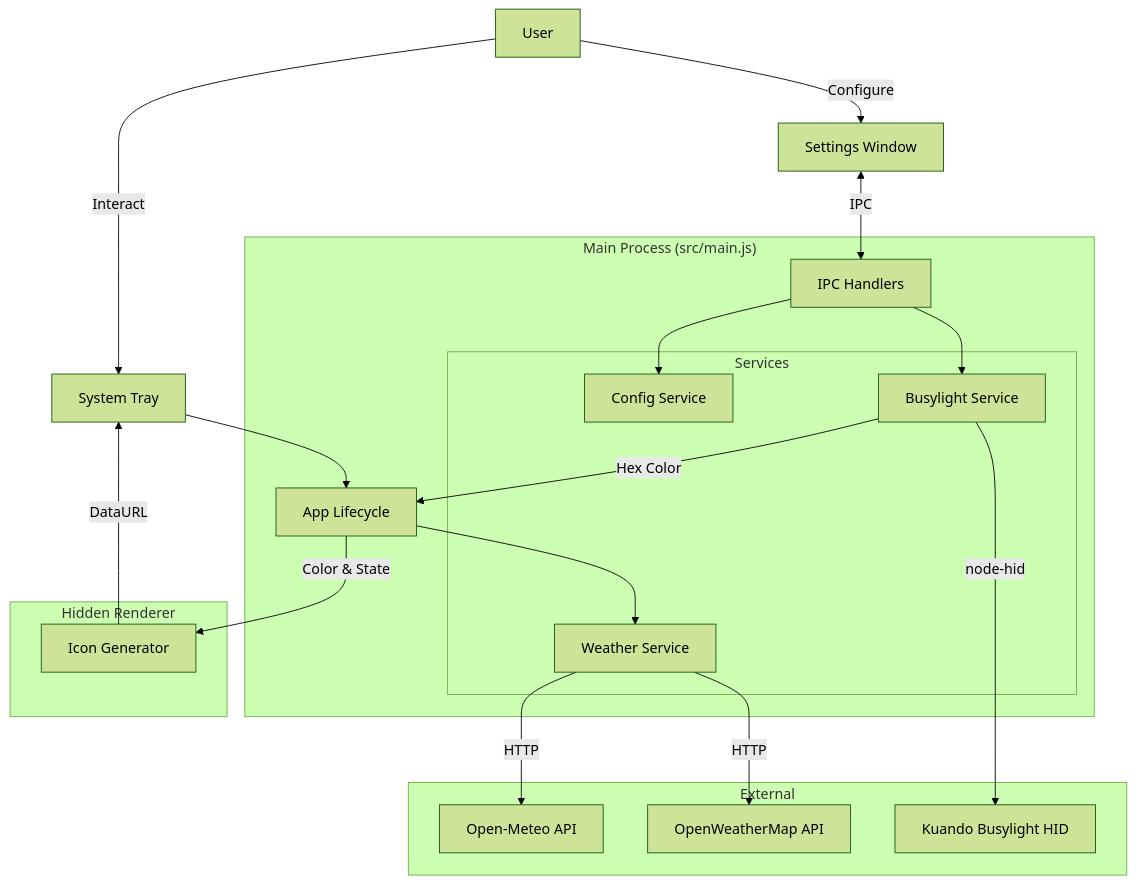
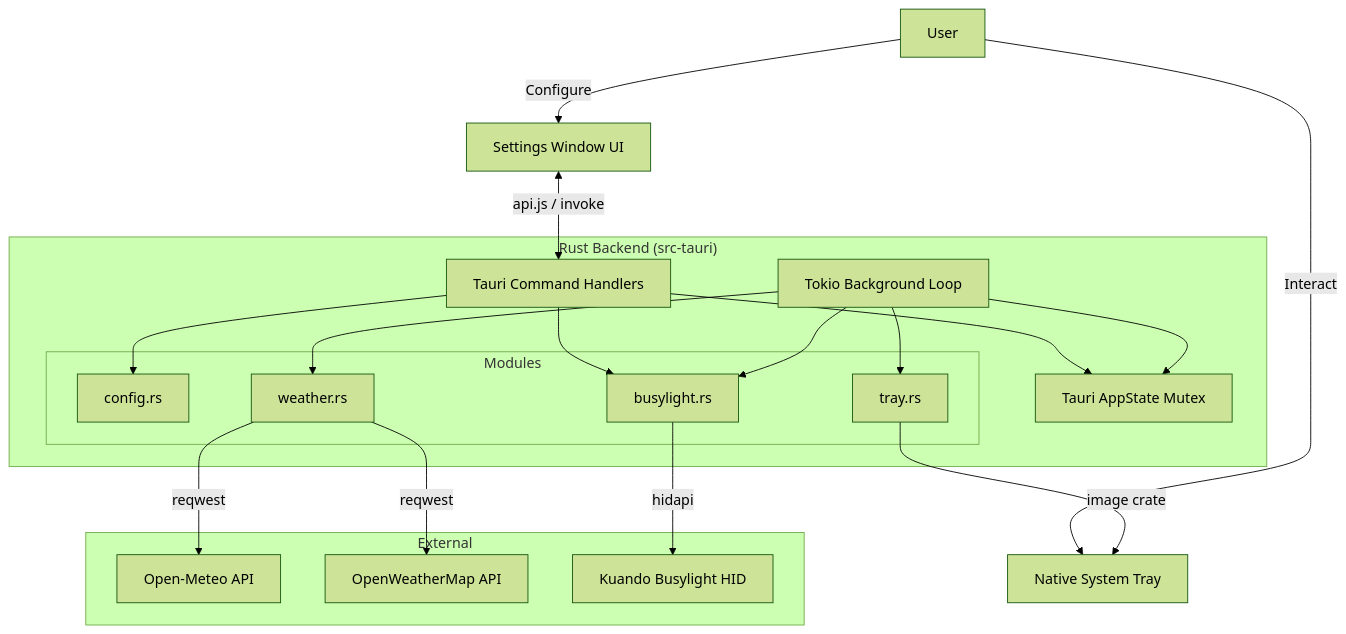
One commit to jonkt/weatherlight changed the diagram in docs/ARCHITECTURE.md. Above: the diagram before and after it, drawn with Mermaid (forest theme). The commit also changed other lines of this file and 95 other files, not shown here.

Commit message:
Reduced size of exe 90%+ by rebuilding app in Tauri. v1.1 release.

````diff
--- a/docs/ARCHITECTURE.md
+++ b/docs/ARCHITECTURE.md
@@ -10,42 +10,41 @@
 ```mermaid
 graph TD
-    User[User] -->|Interact| Tray[System Tray]
-    User -->|Configure| SettingsWin[Settings Window]
+    User[User] -->|Interact| Tray[Native System Tray]
+    User -->|Configure| SettingsWin[Settings Window UI]
     
-    subgraph "Main Process (src/main.js)"
-        AppLifecycle[App Lifecycle]
+    subgraph "Rust Backend (src-tauri)"
+        AppState[Tauri AppState Mutex]
         
-        subgraph "Services"
-            ConfigService[Config Service]
-            WeatherService[Weather Service]
-            BusylightService[Busylight Service]
+        subgraph "Modules"
+            Config[config.rs]
+            Weather[weather.rs]
+            Busylight[busylight.rs]
+            TrayModule[tray.rs]
         end
         
-        IPC[IPC Handlers]
-    end
-    
-    subgraph "Hidden Renderer"
-        IconGen[Icon Generator]
+        Tokio[Tokio Background Loop]
+        IPC[Tauri Command Handlers]
     end
 
     subgraph "External"
         API_OM[Open-Meteo API]
         API_OWM[OpenWeatherMap API]
         HW_Busy[Kuando Busylight HID]
     end
 
-    Tray --> AppLifecycle
-    SettingsWin <-->|IPC| IPC
-    IPC --> ConfigService
-    IPC --> BusylightService
-    AppLifecycle --> WeatherService
+    SettingsWin <-->|api.js / invoke| IPC
+    IPC --> AppState
+    IPC --> Config
+    IPC --> Busylight
     
-    WeatherService -->|HTTP| API_OM
-    WeatherService -->|HTTP| API_OWM
+    Tokio --> Weather
+    Weather -->|reqwest| API_OM
+    Weather -->|reqwest| API_OWM
     
-    BusylightService -->|node-hid| HW_Busy
-    BusylightService -->|Hex Color| AppLifecycle
+    Tokio --> AppState
+    Tokio --> TrayModule
+    TrayModule -->|image crate| Tray
     
-    AppLifecycle -->|Color & State| IconGen
-    IconGen -->|DataURL| Tray
+    Tokio --> Busylight
+    Busylight -->|hidapi| HW_Busy
 ```
````
